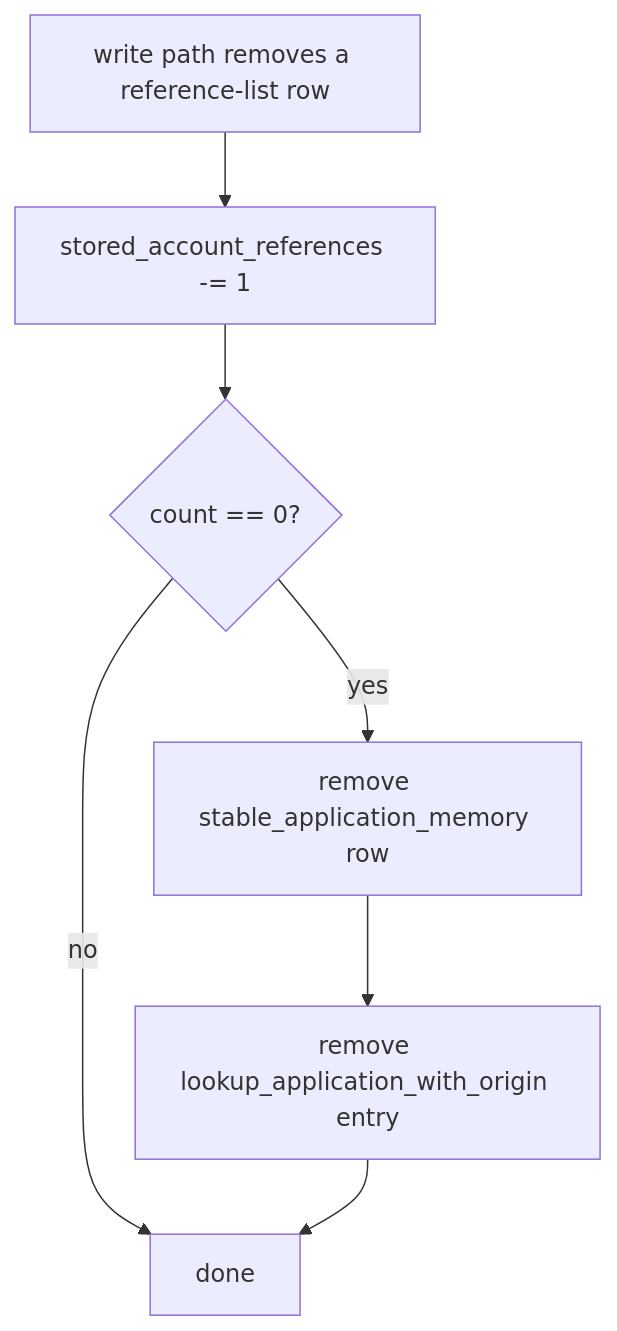
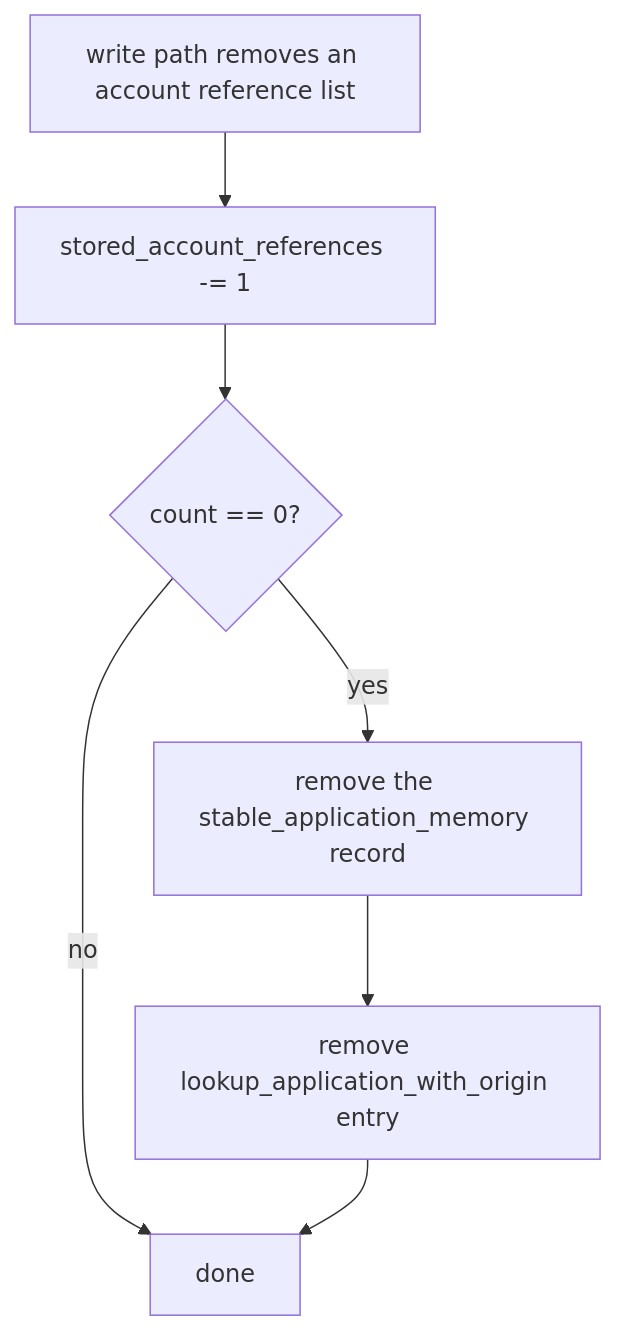
One commit to dfinity/internet-identity changed the fifth of 5 diagrams in docs/ongoing/tracked-default-accounts-spec.md. Above: the diagram before and after it, drawn with Mermaid. The commit also changed other lines of this file and 1 other file, not shown here.

First line of the commit message:
docs: describe the write path the implementation built

````diff
--- a/docs/ongoing/tracked-default-accounts-spec.md
+++ b/docs/ongoing/tracked-default-accounts-spec.md
@@ -399,9 +497,9 @@
 ```mermaid
 flowchart TD
-    A[write path removes a reference-list row] --> B["stored_account_references -= 1"]
+    A[write path removes an account reference list] --> B["stored_account_references -= 1"]
     B --> C{"count == 0?"}
     C -->|no| Z[done]
-    C -->|yes| D[remove stable_application_memory row]
+    C -->|yes| D[remove the stable_application_memory record]
     D --> E[remove lookup_application_with_origin entry]
     E --> Z
 ```
````
